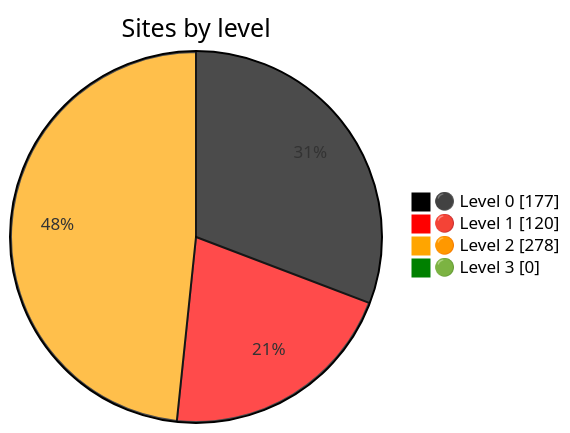
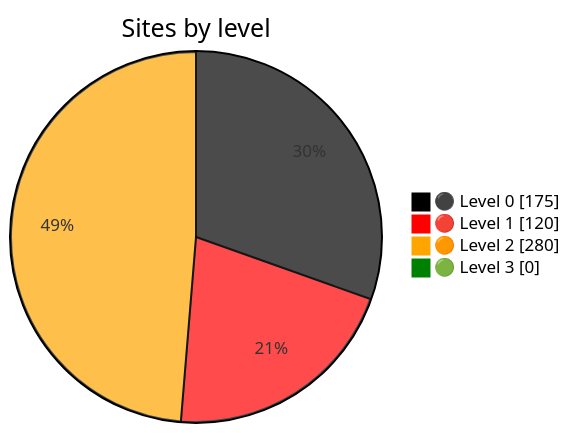
The diagram in README.md (nuuuwan/gov_lk_web_auditor), drawn with Mermaid before and after one commit. The commit also changed other lines of this file and 2592 other files, not shown here.

````diff
--- a/README.md
+++ b/README.md
@@ -24,9 +24,9 @@
 ```mermaid
 %%{init: {"themeVariables":{"pie1":"black","pie2":"red","pie3":"orange","pie4":"green"}}}%%
 pie showData
     title Sites by level
-    "⚫ Level 0" : 177
+    "⚫ Level 0" : 175
     "🔴 Level 1" : 120
-    "🟠 Level 2" : 278
+    "🟠 Level 2" : 280
     "🟢 Level 3" : 0
 ```
````
